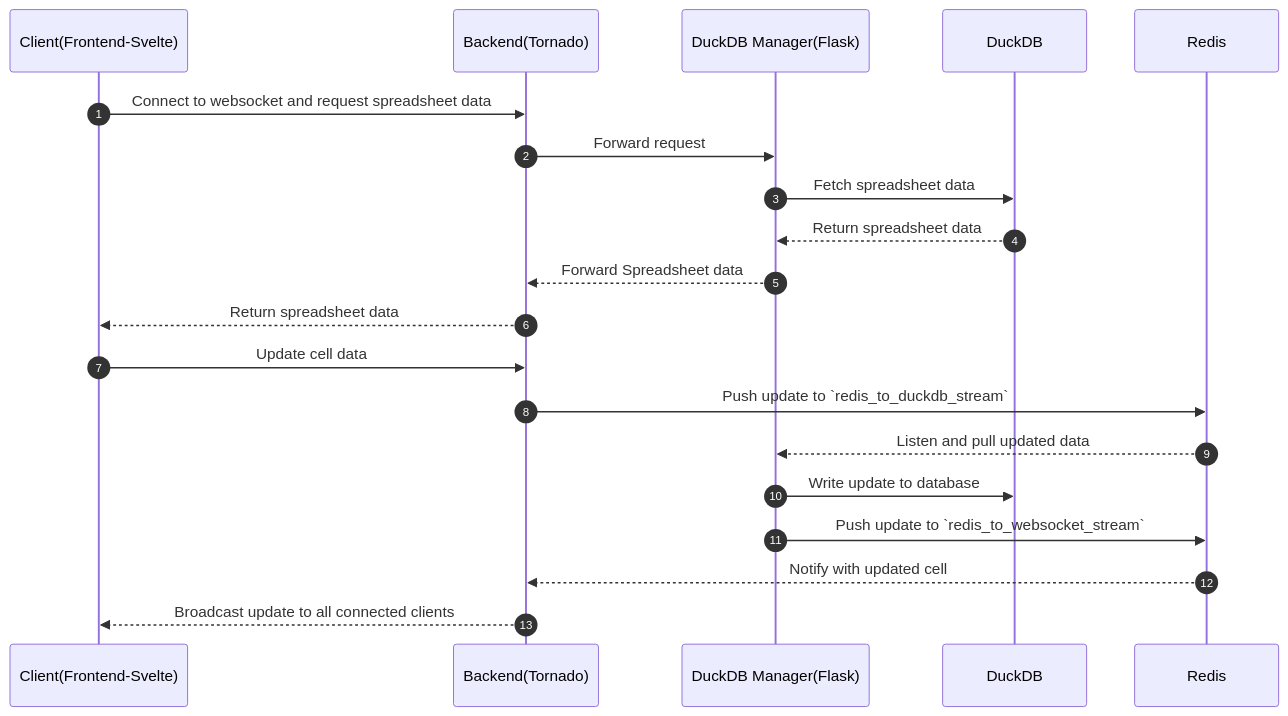
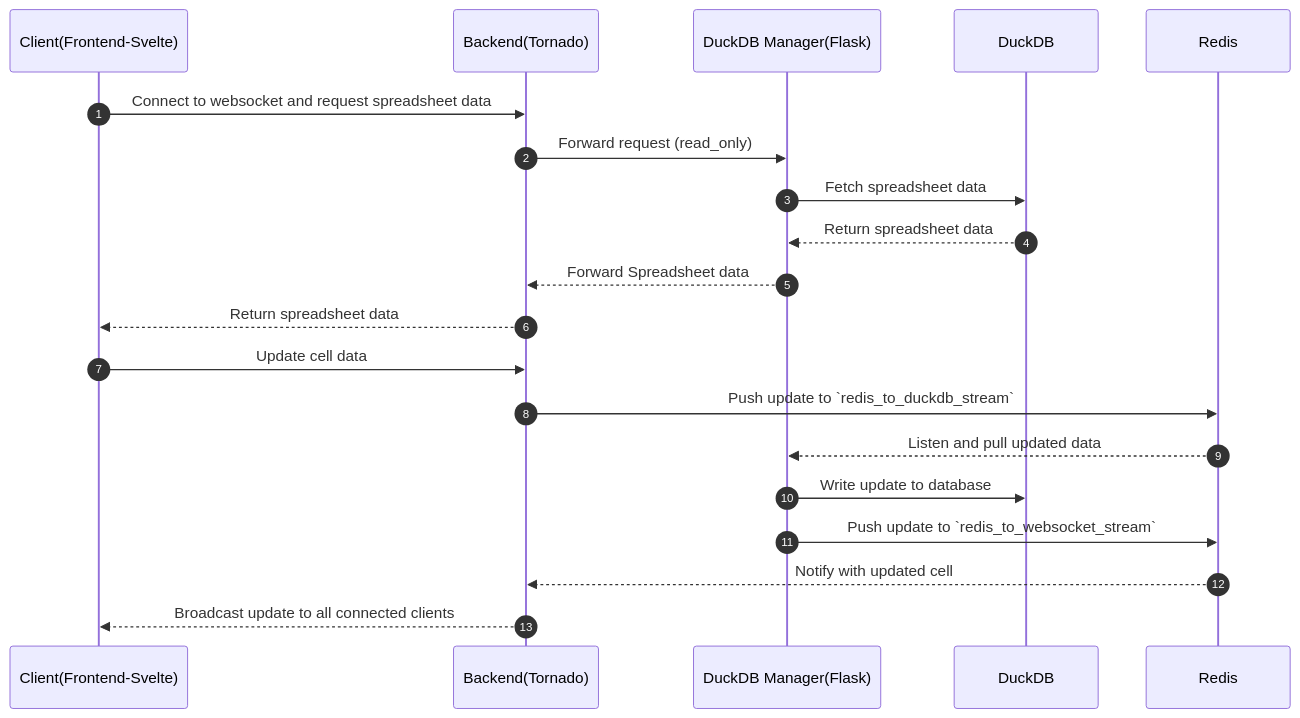
Before and after one commit to Nikki-Chig/reactive-spreadsheet-application: the diagram in README.md, drawn with Mermaid.

````diff
--- a/README.md
+++ b/README.md
@@ -42,18 +42,18 @@
 ```mermaid
 sequenceDiagram
     autonumber
     Client(Frontend-Svelte)->>Backend(Tornado): Connect to websocket and request spreadsheet data
-    Backend(Tornado)->>DuckDB Manager(Flask): Forward request
+    Backend(Tornado)->>DuckDB Manager(Flask): Forward request (read_only)
     DuckDB Manager(Flask)->>DuckDB: Fetch spreadsheet data
     DuckDB-->>DuckDB Manager(Flask): Return spreadsheet data
     DuckDB Manager(Flask)-->>Backend(Tornado): Forward Spreadsheet data 
     Backend(Tornado)-->>Client(Frontend-Svelte): Return spreadsheet data
 
     Client(Frontend-Svelte)->>Backend(Tornado): Update cell data
     Backend(Tornado)->>Redis: Push update to `redis_to_duckdb_stream`
     Redis-->>DuckDB Manager(Flask): Listen and pull updated data
     DuckDB Manager(Flask)->>DuckDB: Write update to database
     DuckDB Manager(Flask)->>Redis: Push update to `redis_to_websocket_stream`
     Redis-->>Backend(Tornado): Notify with updated cell
     Backend(Tornado)-->>Client(Frontend-Svelte): Broadcast update to all connected clients
 ```
````
